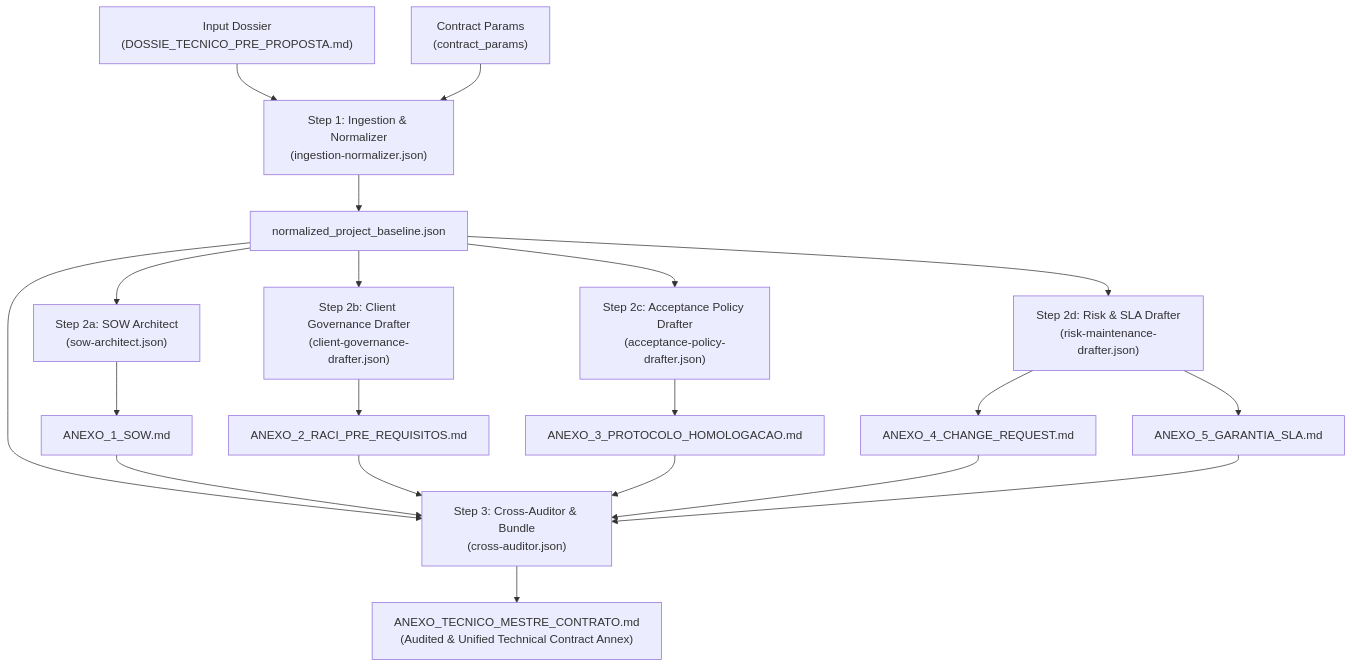
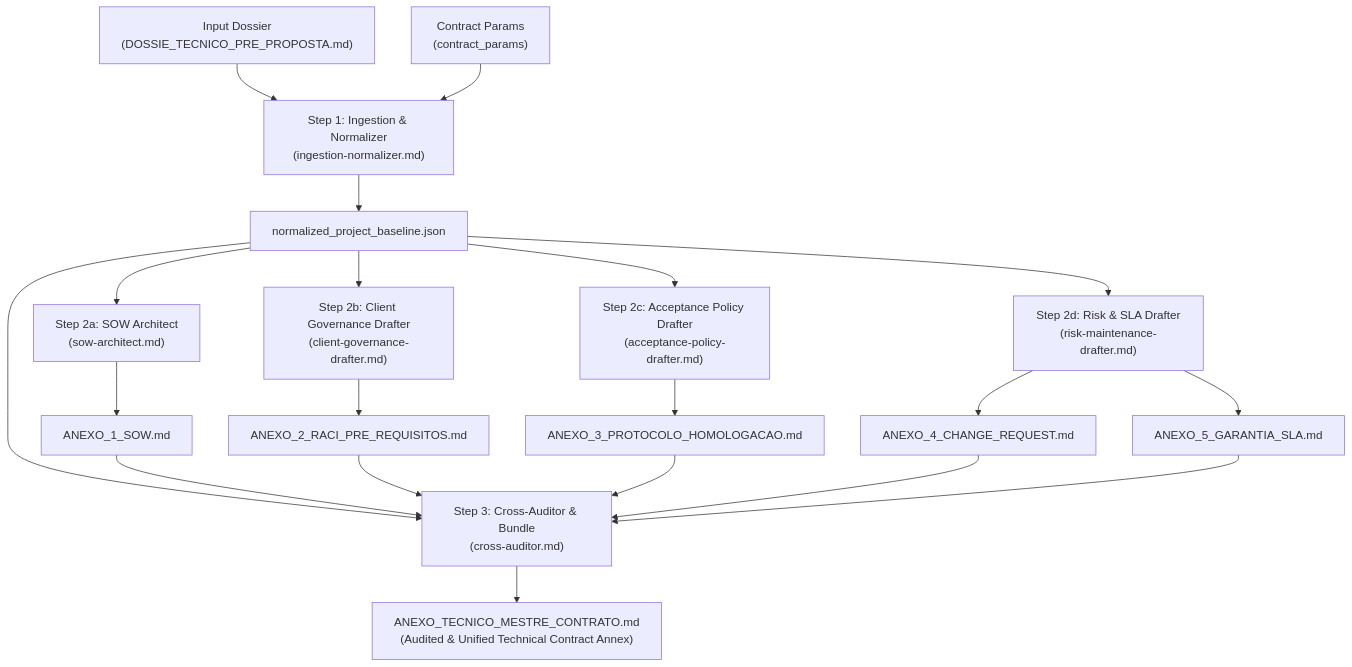
One commit to HalcyonTech-LTDA/contract-technical-annexes-engine-plugin changed the diagram in README.md. Above: the diagram before and after it, drawn with Mermaid. The commit also changed other lines of this file and 15 other files, not shown here.

````diff
--- a/README.md
+++ b/README.md
@@ -77,27 +80,27 @@
 ```mermaid
 flowchart TD
-    Dossier["Input Dossier\n(DOSSIE_TECNICO_PRE_PROPOSTA.md)"] --> Step1["Step 1: Ingestion & Normalizer\n(ingestion-normalizer.json)"]
+    Dossier["Input Dossier\n(DOSSIE_TECNICO_PRE_PROPOSTA.md)"] --> Step1["Step 1: Ingestion & Normalizer\n(ingestion-normalizer.md)"]
     Params["Contract Params\n(contract_params)"] --> Step1
     
     Step1 --> Baseline["normalized_project_baseline.json"]
     
-    Baseline --> Step2a["Step 2a: SOW Architect\n(sow-architect.json)"]
-    Baseline --> Step2b["Step 2b: Client Governance Drafter\n(client-governance-drafter.json)"]
-    Baseline --> Step2c["Step 2c: Acceptance Policy Drafter\n(acceptance-policy-drafter.json)"]
-    Baseline --> Step2d["Step 2d: Risk & SLA Drafter\n(risk-maintenance-drafter.json)"]
+    Baseline --> Step2a["Step 2a: SOW Architect\n(sow-architect.md)"]
+    Baseline --> Step2b["Step 2b: Client Governance Drafter\n(client-governance-drafter.md)"]
+    Baseline --> Step2c["Step 2c: Acceptance Policy Drafter\n(acceptance-policy-drafter.md)"]
+    Baseline --> Step2d["Step 2d: Risk & SLA Drafter\n(risk-maintenance-drafter.md)"]
     
     Step2a --> A1["ANEXO_1_SOW.md"]
     Step2b --> A2["ANEXO_2_RACI_PRE_REQUISITOS.md"]
     Step2c --> A3["ANEXO_3_PROTOCOLO_HOMOLOGACAO.md"]
     Step2d --> A4["ANEXO_4_CHANGE_REQUEST.md"]
     Step2d --> A5["ANEXO_5_GARANTIA_SLA.md"]
     
-    Baseline --> Step3["Step 3: Cross-Auditor & Bundle\n(cross-auditor.json)"]
+    Baseline --> Step3["Step 3: Cross-Auditor & Bundle\n(cross-auditor.md)"]
     A1 --> Step3
     A2 --> Step3
     A3 --> Step3
     A4 --> Step3
     A5 --> Step3
     
     Step3 --> Master["ANEXO_TECNICO_MESTRE_CONTRATO.md\n(Audited & Unified Technical Contract Annex)"]
 ```
````
